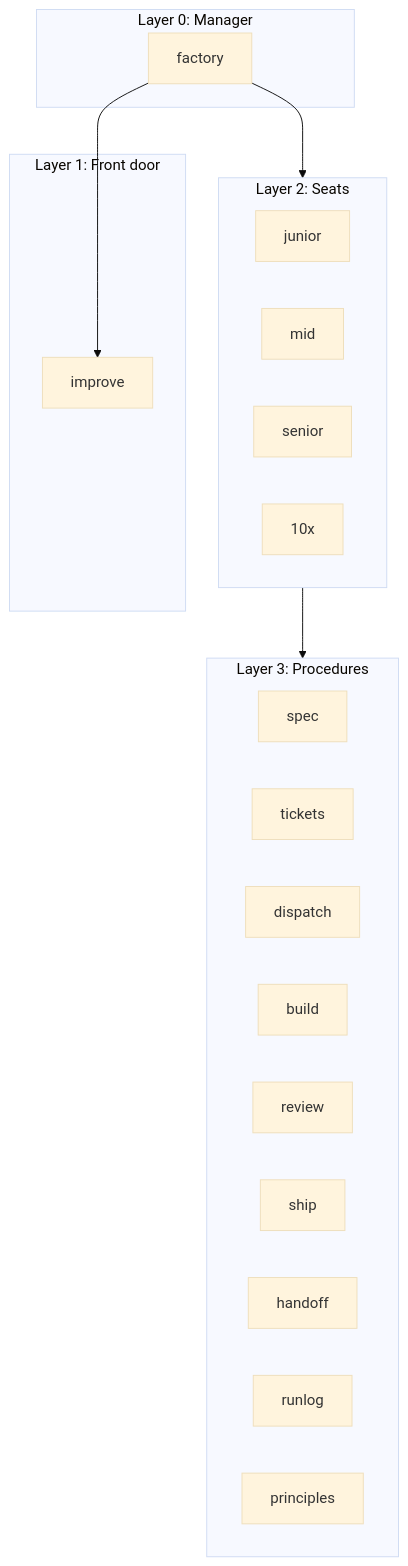
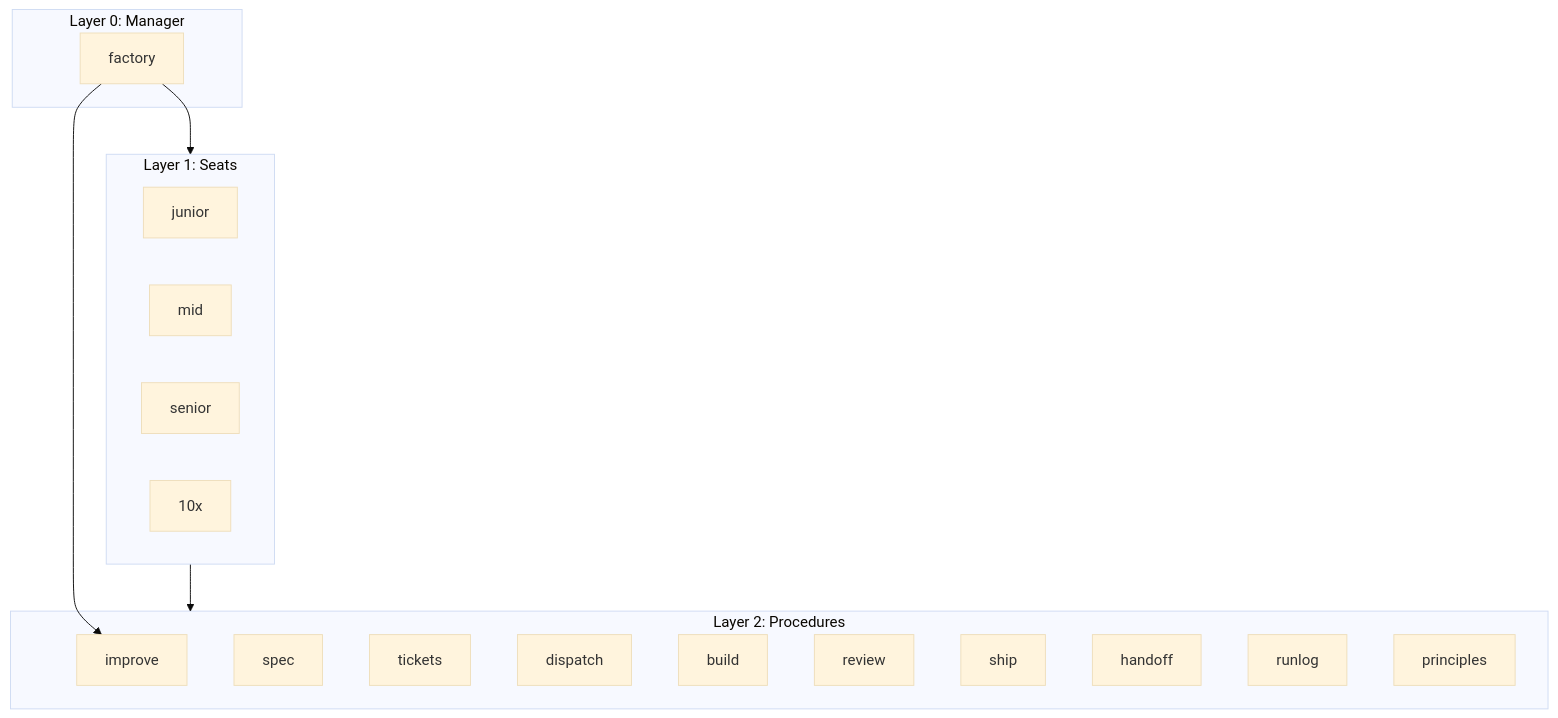
The first of 3 diagrams in docs/architecture.md (rishi23root/agent-skills), drawn with Mermaid (base theme) before and after one commit. The commit also changed other lines of this file and 24 other files, not shown here.

First line of the commit message:
Move improve to the procedures layer; make review, spec, ship and handoff typeable

````diff
--- a/docs/architecture.md
+++ b/docs/architecture.md
@@ -13,29 +13,27 @@
 ```mermaid
 flowchart TD
   subgraph L0["Layer 0: Manager"]
     F[factory]
   end
-  subgraph L1["Layer 1: Front door"]
-    I[improve]
-  end
-  subgraph L2["Layer 2: Seats"]
+  subgraph L1["Layer 1: Seats"]
     J[junior]
     M[mid]
     S[senior]
     X[10x]
   end
-  subgraph L3["Layer 3: Procedures"]
+  subgraph L2["Layer 2: Procedures"]
+    I[improve]
     SP[spec]
     TK[tickets]
     D[dispatch]
     B[build]
     R[review]
     SH[ship]
     H[handoff]
     RL[runlog]
     PR[principles]
   end
   F --> I
-  F --> L2
-  L2 --> L3
+  F --> L1
+  L1 --> L2
 ```
````
